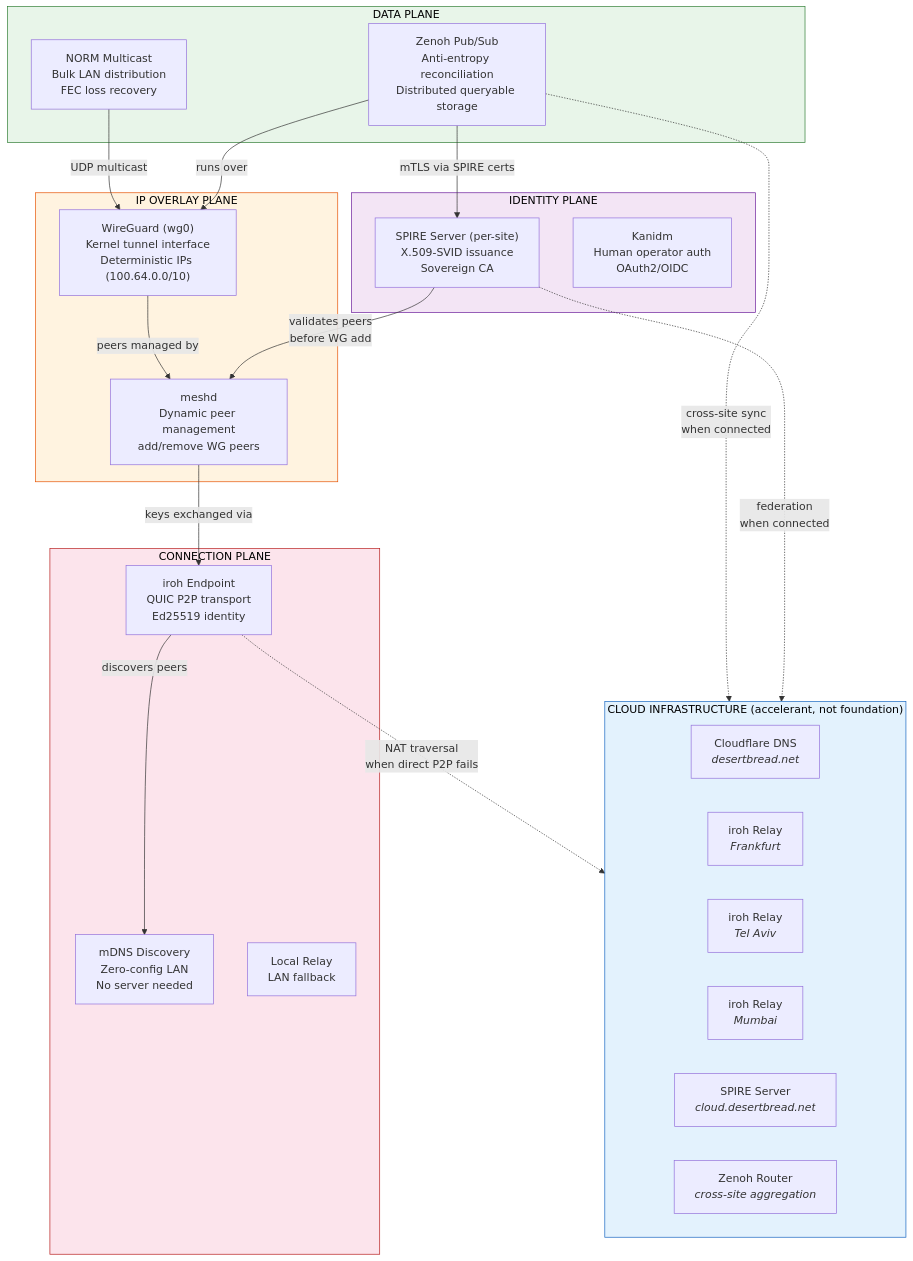
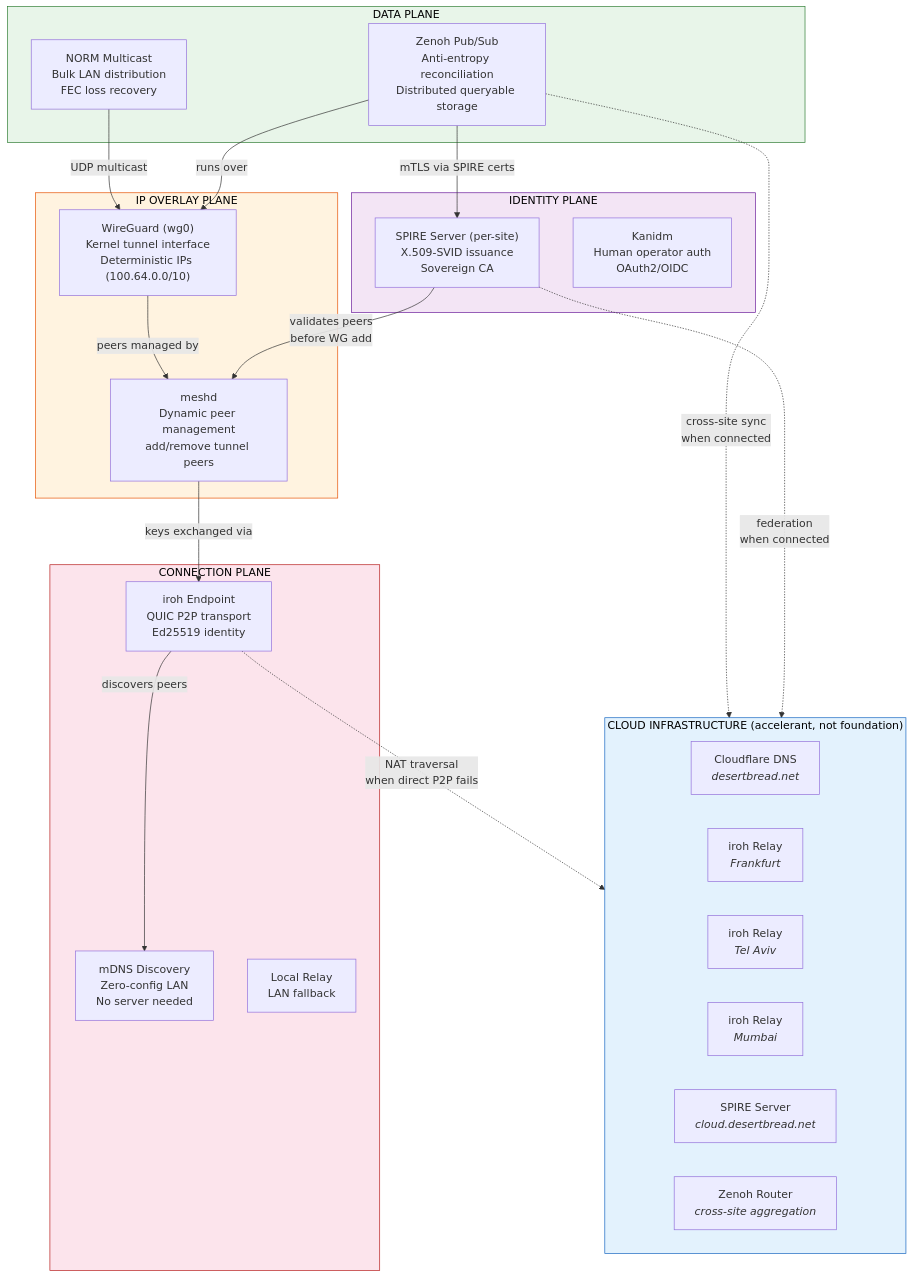
The first of 14 diagrams in docs/architecture-diagrams.md (dlf-dds/DesertBreadProto), drawn with Mermaid before and after one commit. The commit also changed other lines of this file and 2 other files, not shown here.

First line of the commit message:
Update docs and architecture diagrams for TunnelDriver

````diff
--- a/docs/architecture-diagrams.md
+++ b/docs/architecture-diagrams.md
@@ -47,51 +47,51 @@
 ```mermaid
 graph TB
     subgraph CLOUD["CLOUD INFRASTRUCTURE (accelerant, not foundation)"]
         direction LR
         CF_DNS["Cloudflare DNS<br/><i>desertbread.net</i>"]
         RELAY_FRA["iroh Relay<br/><i>Frankfurt</i>"]
         RELAY_ISR["iroh Relay<br/><i>Tel Aviv</i>"]
         RELAY_MUM["iroh Relay<br/><i>Mumbai</i>"]
         SPIRE_CLOUD["SPIRE Server<br/><i>cloud.desertbread.net</i>"]
         ZENOH_CLOUD["Zenoh Router<br/><i>cross-site aggregation</i>"]
     end
 
     subgraph DATA["DATA PLANE"]
         ZENOH["Zenoh Pub/Sub<br/>Anti-entropy reconciliation<br/>Distributed queryable storage"]
         NORM["NORM Multicast<br/>Bulk LAN distribution<br/>FEC loss recovery"]
     end
 
     subgraph IDENTITY["IDENTITY PLANE"]
         SPIRE_SITE["SPIRE Server (per-site)<br/>X.509-SVID issuance<br/>Sovereign CA"]
         KANIDM["Kanidm<br/>Human operator auth<br/>OAuth2/OIDC"]
     end
 
     subgraph OVERLAY["IP OVERLAY PLANE"]
         WG["WireGuard (wg0)<br/>Kernel tunnel interface<br/>Deterministic IPs (100.64.0.0/10)"]
-        MESHD_WG["meshd<br/>Dynamic peer management<br/>add/remove WG peers"]
+        MESHD_WG["meshd<br/>Dynamic peer management<br/>add/remove tunnel peers"]
     end
 
     subgraph CONNECTION["CONNECTION PLANE"]
         IROH["iroh Endpoint<br/>QUIC P2P transport<br/>Ed25519 identity"]
         MDNS["mDNS Discovery<br/>Zero-config LAN<br/>No server needed"]
         RELAY_LOCAL["Local Relay<br/>LAN fallback"]
     end
 
     ZENOH -->|"mTLS via SPIRE certs"| SPIRE_SITE
     ZENOH -->|"runs over"| WG
     NORM -->|"UDP multicast"| WG
     SPIRE_SITE -->|"validates peers<br/>before WG add"| MESHD_WG
     WG -->|"peers managed by"| MESHD_WG
     MESHD_WG -->|"keys exchanged via"| IROH
     IROH -->|"discovers peers"| MDNS
     IROH -.->|"NAT traversal<br/>when direct P2P fails"| RELAY_FRA
 
     SPIRE_SITE -.->|"federation<br/>when connected"| SPIRE_CLOUD
     ZENOH -.->|"cross-site sync<br/>when connected"| ZENOH_CLOUD
 
     style CLOUD fill:#e3f2fd,stroke:#1565c0,color:#000
     style DATA fill:#e8f5e9,stroke:#2e7d32,color:#000
     style IDENTITY fill:#f3e5f5,stroke:#6a1b9a,color:#000
     style OVERLAY fill:#fff3e0,stroke:#e65100,color:#000
     style CONNECTION fill:#fce4ec,stroke:#b71c1c,color:#000
 ```
````
